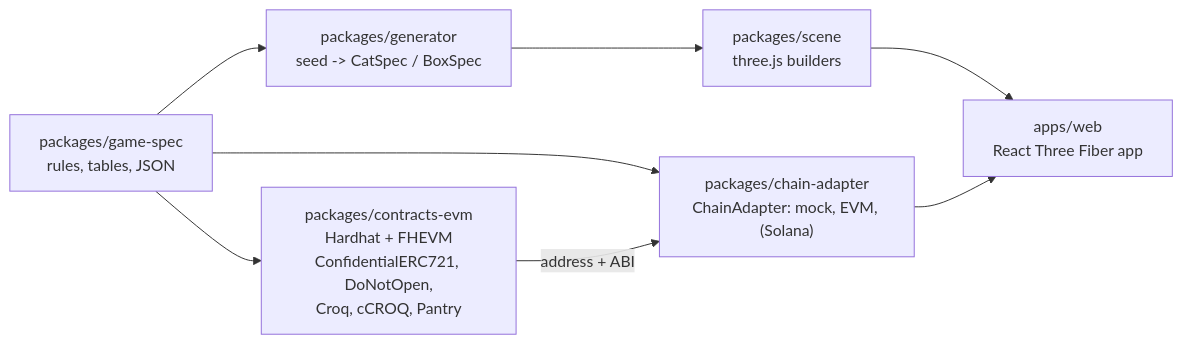
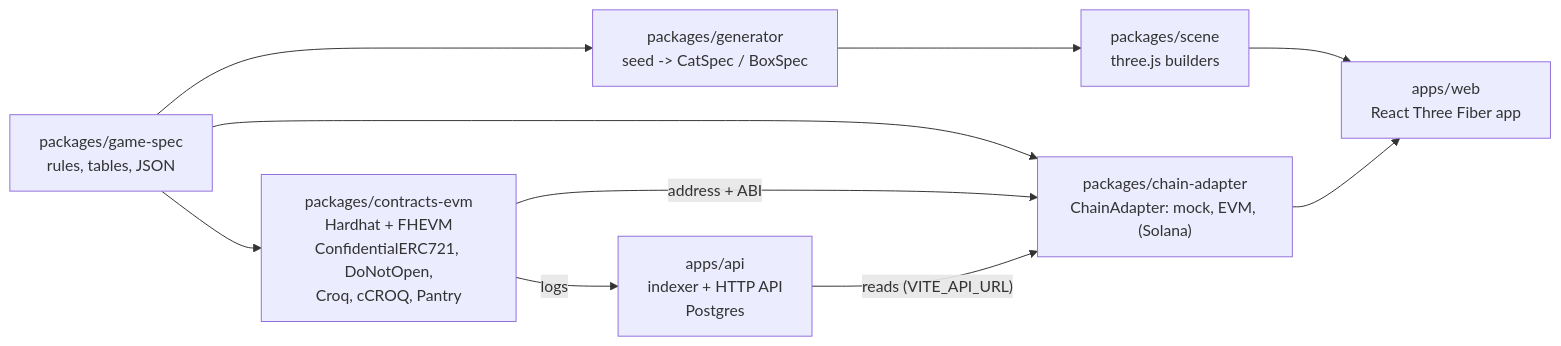
The first of 3 diagrams in README.md (jecombe/do_not_open), drawn with Mermaid before and after one commit. The commit also changed other lines of this file and 56 other files, not shown here.

First line of the commit message:
Track the protocol in a backend: indexer, Postgres, API, and its deployment

````diff
--- a/README.md
+++ b/README.md
@@ -35,14 +35,16 @@
 ```mermaid
 flowchart LR
   spec["packages/game-spec<br/>rules, tables, JSON"]
   gen["packages/generator<br/>seed -> CatSpec / BoxSpec"]
   scene["packages/scene<br/>three.js builders"]
   web["apps/web<br/>React Three Fiber app"]
   evm["packages/contracts-evm<br/>Hardhat + FHEVM<br/>ConfidentialERC721, DoNotOpen,<br/>Croq, cCROQ, Pantry"]
   adapter["packages/chain-adapter<br/>ChainAdapter: mock, EVM, (Solana)"]
+  api["apps/api<br/>indexer + HTTP API<br/>Postgres"]
 
   spec --> gen --> scene --> web
   spec --> evm
   spec --> adapter
   evm -- address + ABI --> adapter --> web
+  evm -- logs --> api -- "reads (VITE_API_URL)" --> adapter
 ```
````
